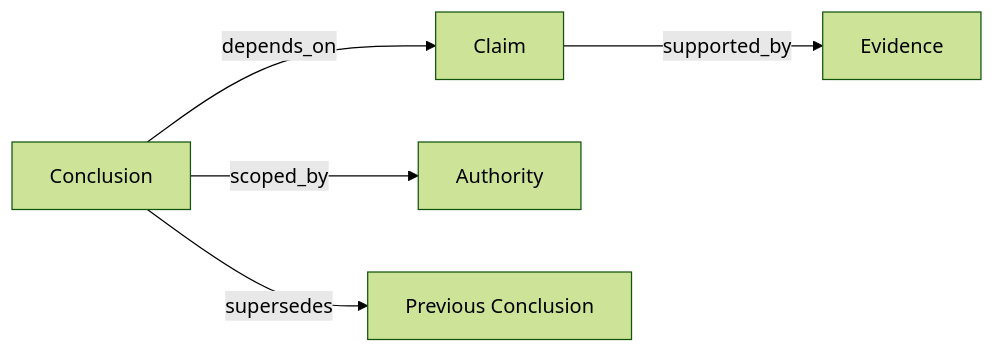
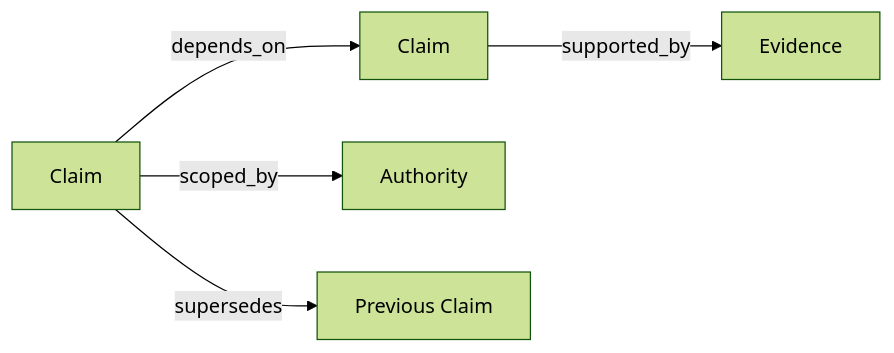
One commit to chenmingtang830/proofpress changed the second of 2 diagrams in docs/THESIS.md. Above: the diagram before and after it, drawn with Mermaid (forest theme). The commit also changed other lines of this file and 91 other files, not shown here.

````diff
--- a/docs/THESIS.md
+++ b/docs/THESIS.md
@@ -112,7 +112,7 @@
 ```mermaid
 flowchart LR
-  C["Conclusion"] -->|depends_on| K["Claim"]
+  C["Claim"] -->|depends_on| K["Claim"]
   K -->|supported_by| E["Evidence"]
   C -->|scoped_by| A["Authority"]
-  C -->|supersedes| P["Previous Conclusion"]
+  C -->|supersedes| P["Previous Claim"]
 ```
````
